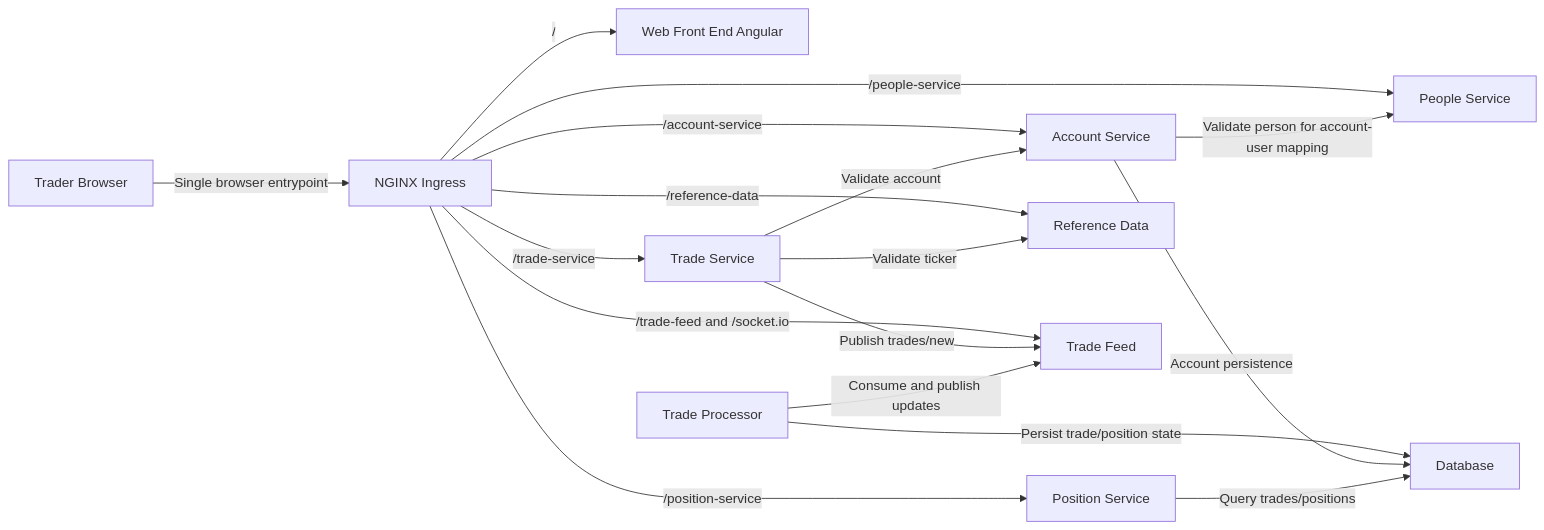
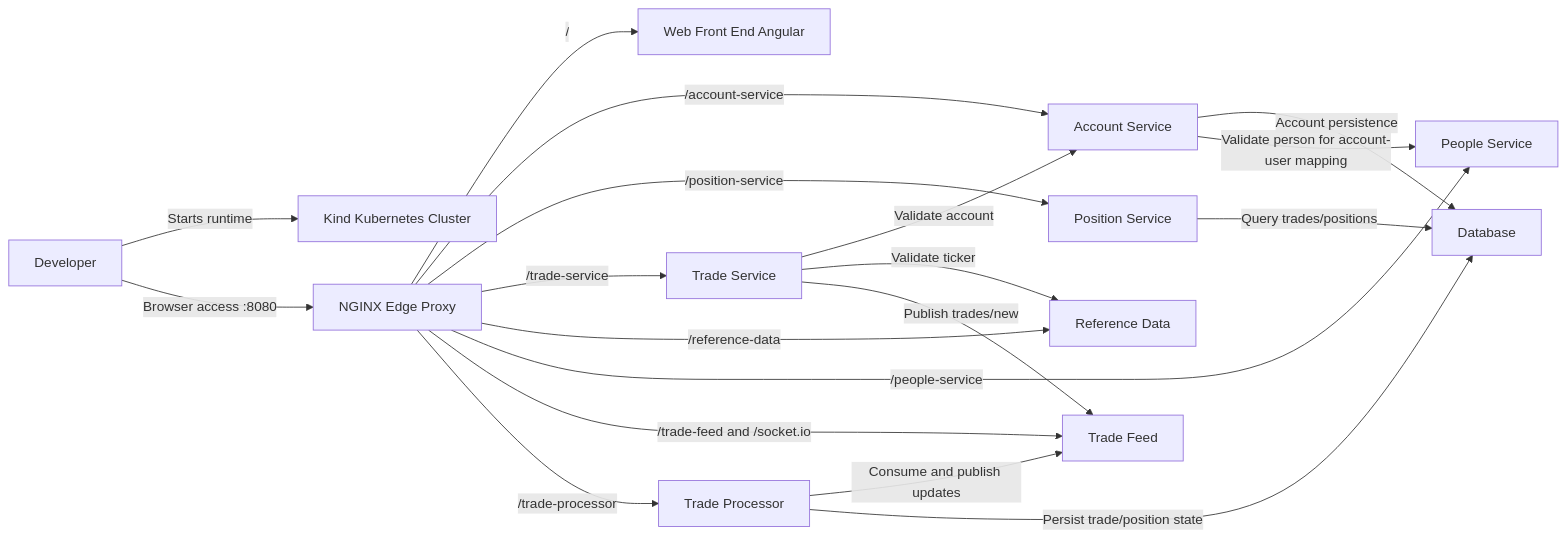
One commit to finos/traderX changed the diagram in docs/learning/component-diagram.md. Above: the diagram before and after it, drawn with Mermaid. The commit also changed other lines of this file and 47 other files, not shown here.

First line of the commit message:
snapshot: 004-kubernetes-runtime generated from 68d19a554c7480a615b19c024eb0a88228c6b9ad

````diff
--- a/docs/learning/component-diagram.md
+++ b/docs/learning/component-diagram.md
@@ -5,31 +5,34 @@
 ```mermaid
 flowchart LR
-  trader["Trader Browser"]
-  ingress["NGINX Ingress"]
+  developer["Developer"]
+  cluster["Kind Kubernetes Cluster"]
+  edge["NGINX Edge Proxy"]
   web["Web Front End Angular"]
   account["Account Service"]
   position["Position Service"]
   tradeService["Trade Service"]
   referenceData["Reference Data"]
   people["People Service"]
   tradeFeed["Trade Feed"]
   tradeProcessor["Trade Processor"]
   database["Database"]
 
-  trader -->|Single browser entrypoint| ingress
-  ingress -->|/| web
-  ingress -->|/account-service| account
-  ingress -->|/position-service| position
-  ingress -->|/trade-service| tradeService
-  ingress -->|/reference-data| referenceData
-  ingress -->|/people-service| people
-  ingress -->|/trade-feed and /socket.io| tradeFeed
+  developer -->|Starts runtime| cluster
+  developer -->|Browser access :8080| edge
+  edge -->|/| web
+  edge -->|/account-service| account
+  edge -->|/position-service| position
+  edge -->|/trade-service| tradeService
+  edge -->|/reference-data| referenceData
+  edge -->|/people-service| people
+  edge -->|/trade-feed and /socket.io| tradeFeed
+  edge -->|/trade-processor| tradeProcessor
   tradeService -->|Validate account| account
   tradeService -->|Validate ticker| referenceData
   tradeService -->|Publish trades/new| tradeFeed
   tradeProcessor -->|Consume and publish updates| tradeFeed
   tradeProcessor -->|Persist trade/position state| database
   account -->|Account persistence| database
   position -->|Query trades/positions| database
   account -->|Validate person for account-user mapping| people
 ```
````
